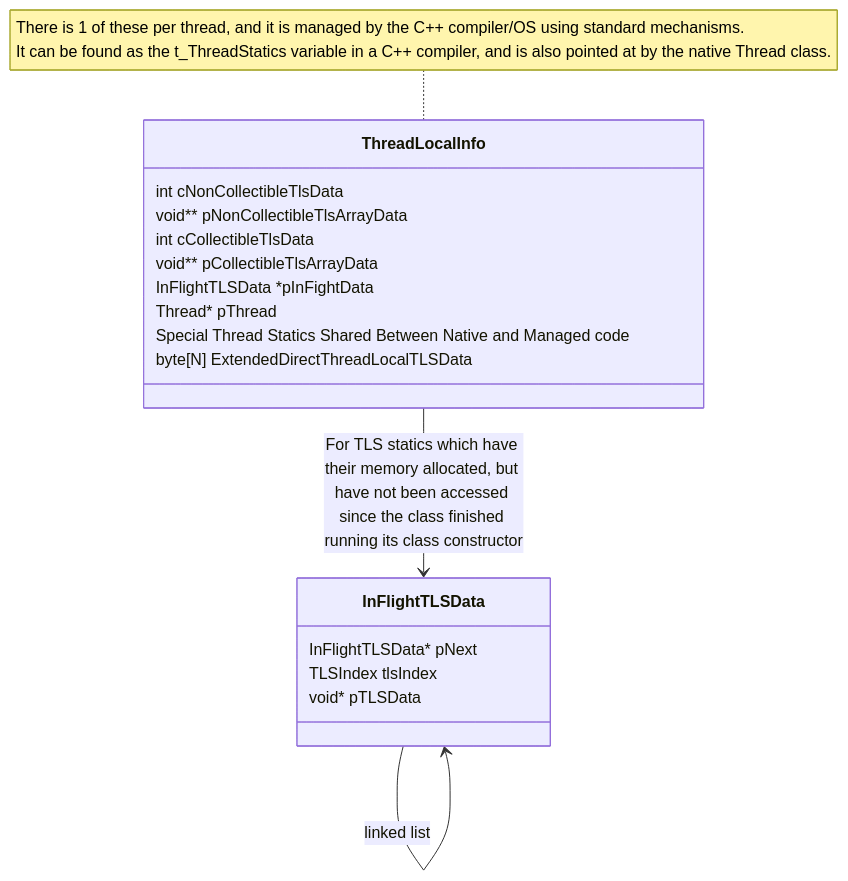
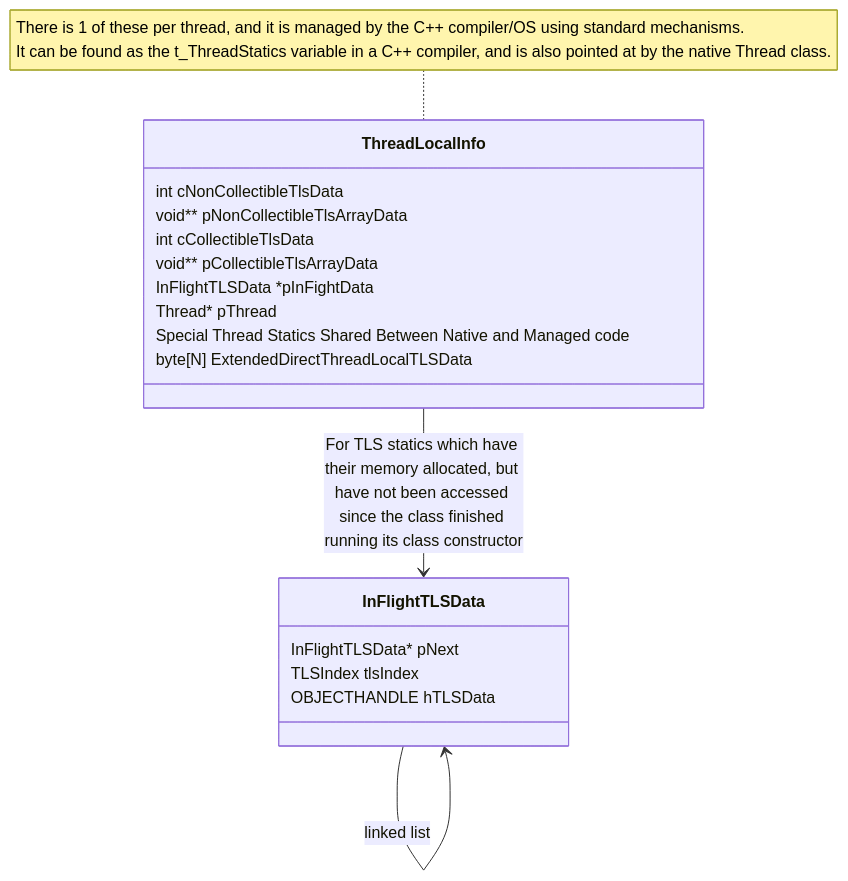
The third of 3 diagrams in docs/design/coreclr/botr/type-system.md (dotnet/runtime), drawn with Mermaid before and after one commit. The commit also changed other lines of this file and 4 other files, not shown here.

````diff
--- a/docs/design/coreclr/botr/type-system.md
+++ b/docs/design/coreclr/botr/type-system.md
@@ -267,21 +267,21 @@
 ```mermaid
 classDiagram
 
 note for ThreadLocalInfo "There is 1 of these per thread, and it is managed by the C++ compiler/OS using standard mechanisms.
 It can be found as the t_ThreadStatics variable in a C++ compiler, and is also pointed at by the native Thread class."
 ThreadLocalInfo : int cNonCollectibleTlsData
 ThreadLocalInfo : void** pNonCollectibleTlsArrayData
 ThreadLocalInfo : int cCollectibleTlsData
 ThreadLocalInfo : void** pCollectibleTlsArrayData
 ThreadLocalInfo : InFlightTLSData *pInFightData
 ThreadLocalInfo : Thread* pThread
 ThreadLocalInfo : Special Thread Statics Shared Between Native and Managed code
 ThreadLocalInfo : byte[N] ExtendedDirectThreadLocalTLSData
 
 InFlightTLSData : InFlightTLSData* pNext
 InFlightTLSData : TLSIndex tlsIndex
-InFlightTLSData : void* pTLSData
+InFlightTLSData : OBJECTHANDLE hTLSData
 
 ThreadLocalInfo --> InFlightTLSData : For TLS statics which have their memory allocated, but have not been accessed since the class finished running its class constructor
 InFlightTLSData --> InFlightTLSData : linked list
 ```
````
